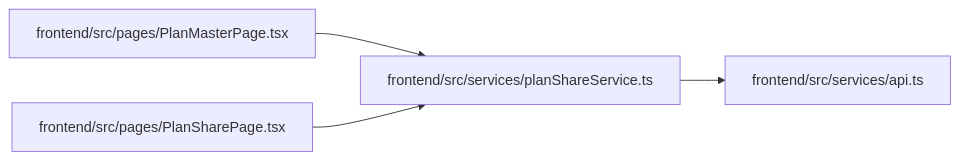
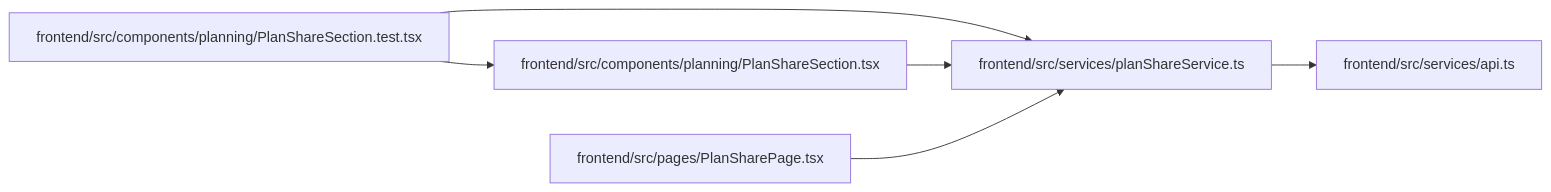
Before and after one commit to Denissvgn/WorkChord: the diagram in docs/llm_wiki/modules/planShareService.md, drawn with Mermaid. The commit also changed other lines of this file and 2373 other files, not shown here.

````diff
--- a/docs/llm_wiki/modules/planShareService.md
+++ b/docs/llm_wiki/modules/planShareService.md
@@ -27,14 +27,18 @@
 ```mermaid
 flowchart LR
-    n0["frontend/src/pages/PlanMasterPage.tsx"]
-    n1["frontend/src/pages/PlanSharePage.tsx"]
-    n2["frontend/src/services/api.ts"]
-    n3["frontend/src/services/planShareService.ts"]
-    n0 --> n3
-    n1 --> n3
-    n3 --> n2
-    click n0 "../modules/PlanMasterPage.md"
-    click n1 "../modules/PlanSharePage.md"
-    click n2 "../modules/api.md"
-    click n3 "../modules/planShareService.md"
+    n0["frontend/src/components/planning/PlanShareSection.test.tsx"]
+    n1["frontend/src/components/planning/PlanShareSection.tsx"]
+    n2["frontend/src/pages/PlanSharePage.tsx"]
+    n3["frontend/src/services/api.ts"]
+    n4["frontend/src/services/planShareService.ts"]
+    n0 --> n1
+    n0 --> n4
+    n1 --> n4
+    n2 --> n4
+    n4 --> n3
+    click n0 "../modules/PlanShareSection.test.md"
+    click n1 "../modules/PlanShareSection.md"
+    click n2 "../modules/PlanSharePage.md"
+    click n3 "../modules/api.md"
+    click n4 "../modules/planShareService.md"
 ```
````
